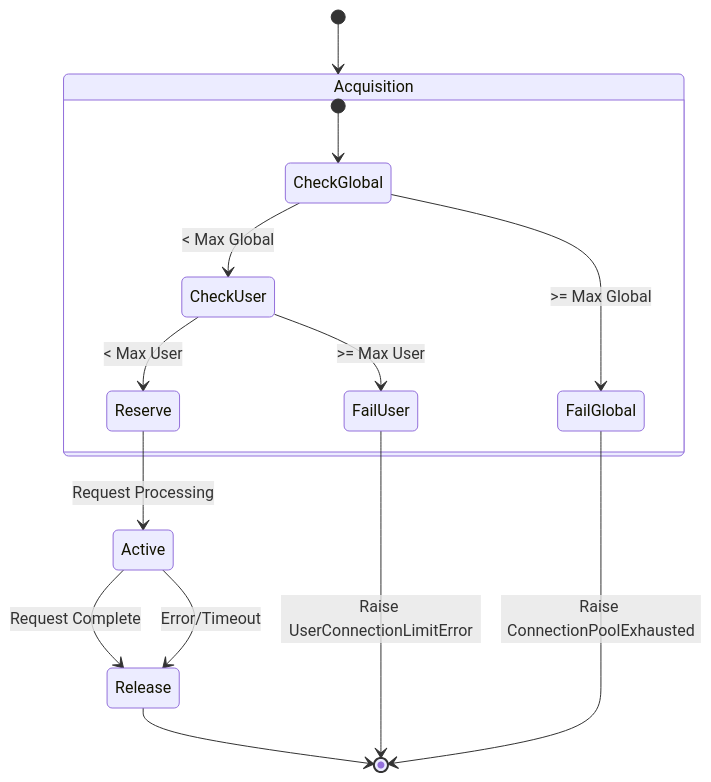
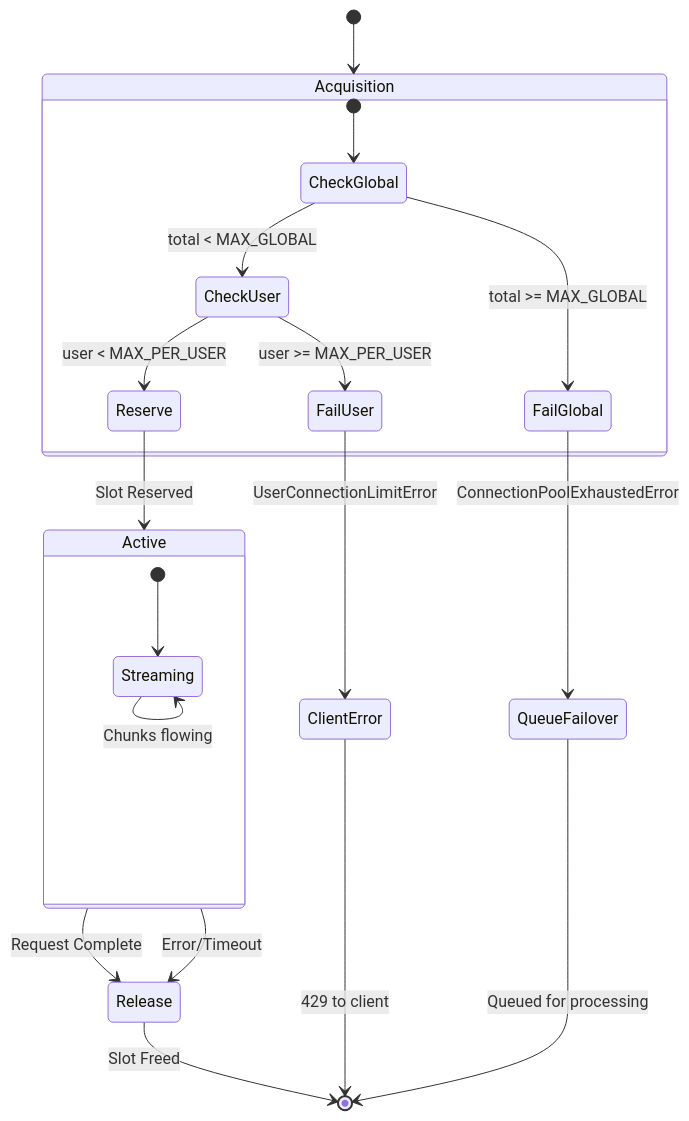
The second of 2 diagrams in src/core/resilience/documentation/02_connection_pooling.md (shubh2016shiv/sse-llm-streaming-service), drawn with Mermaid before and after one commit. The commit also changed other lines of this file and 6 other files, not shown here.

First line of the commit message:
refactor: enhance QueueRequestHandler and QueueConsumerWorker for improved resilience and clarity

````diff
--- a/src/core/resilience/documentation/02_connection_pooling.md
+++ b/src/core/resilience/documentation/02_connection_pooling.md
@@ -33,22 +269,31 @@
 ```mermaid
 stateDiagram-v2
     [*] --> Acquisition
     
     state Acquisition {
         [*] --> CheckGlobal
-        CheckGlobal --> CheckUser: < Max Global
-        CheckUser --> Reserve: < Max User
-        CheckGlobal --> FailGlobal: >= Max Global
-        CheckUser --> FailUser: >= Max User
+        CheckGlobal --> CheckUser: total < MAX_GLOBAL
+        CheckGlobal --> FailGlobal: total >= MAX_GLOBAL
+        
+        CheckUser --> Reserve: user < MAX_PER_USER
+        CheckUser --> FailUser: user >= MAX_PER_USER
     }
     
-    Reserve --> Active: Request Processing
+    Reserve --> Active: Slot Reserved
+    
+    state Active {
+        [*] --> Streaming
+        Streaming --> Streaming: Chunks flowing
+    }
     
     Active --> Release: Request Complete
     Active --> Release: Error/Timeout
     
-    Release --> [*]
+    Release --> [*]: Slot Freed
     
-    FailGlobal --> [*]: Raise ConnectionPoolExhausted
-    FailUser --> [*]: Raise UserConnectionLimitError
+    FailGlobal --> QueueFailover: ConnectionPoolExhaustedError
+    FailUser --> ClientError: UserConnectionLimitError
+    
+    QueueFailover --> [*]: Queued for processing
+    ClientError --> [*]: 429 to client
 ```
````
